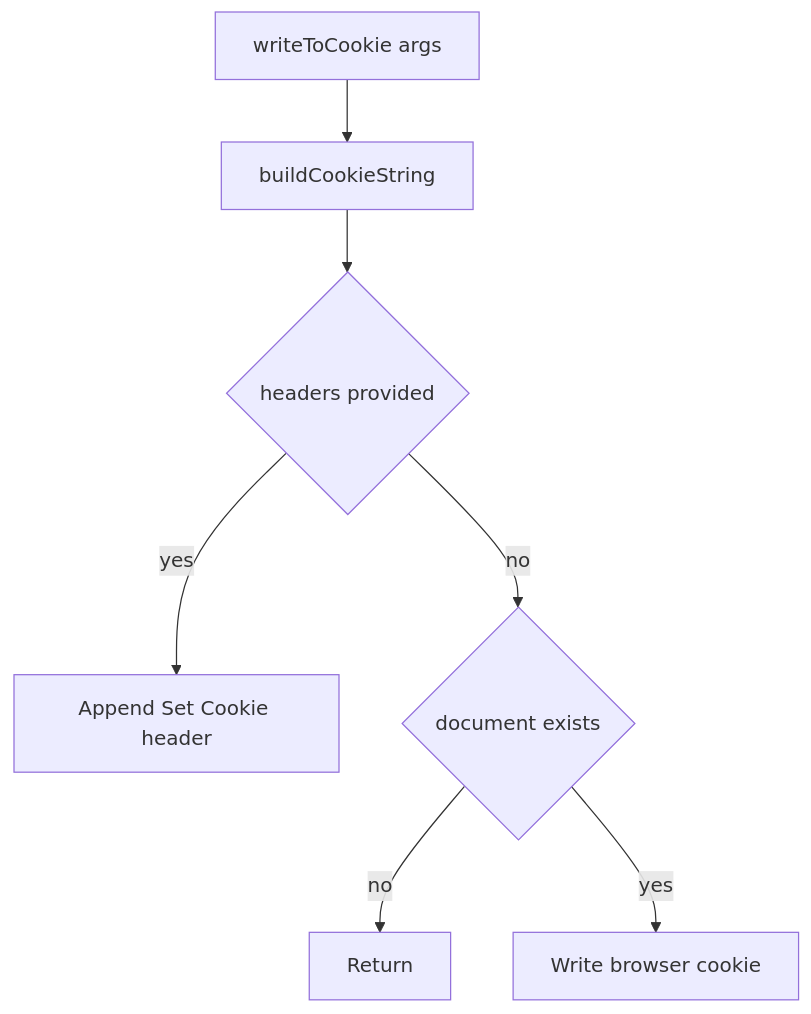
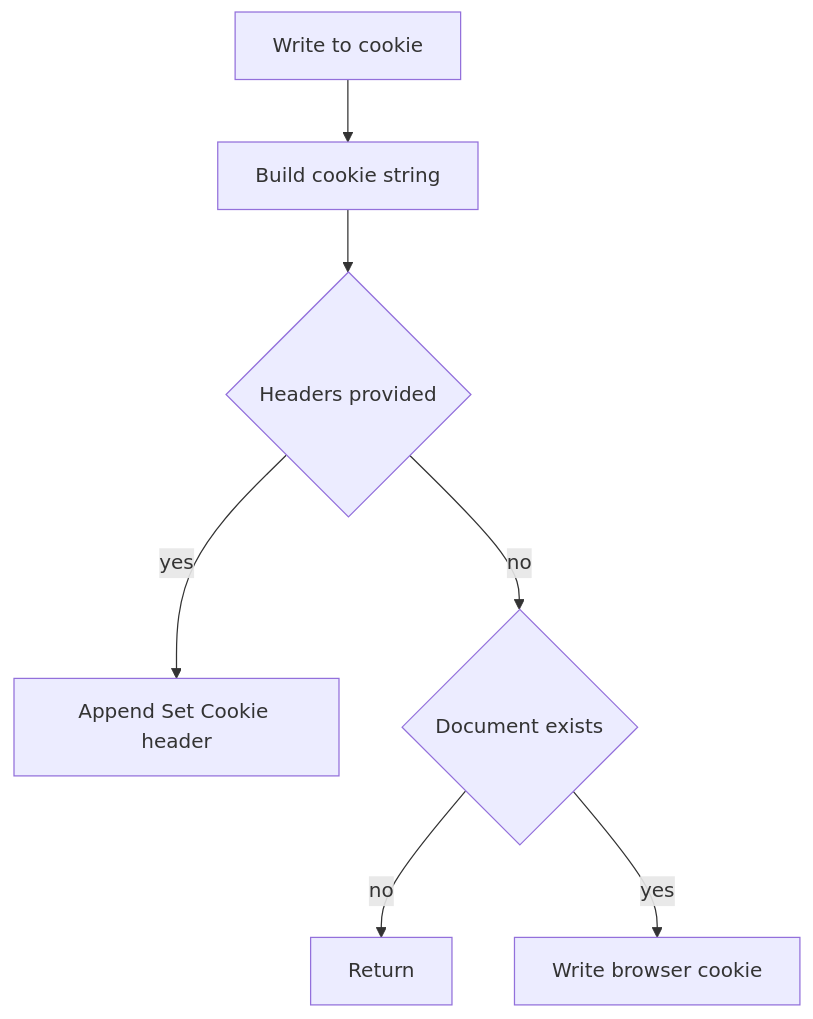
The fourth of 5 diagrams in src/utils/storage/ARCHITECTURE.md (luciocabrera/lcabrera-stack), drawn with Mermaid before and after one commit. The commit also changed other lines of this file and 2 other files, not shown here.

Commit message:
feat: Update architecture documentation for performance, storage, and URL state utilities

````diff
--- a/src/utils/storage/ARCHITECTURE.md
+++ b/src/utils/storage/ARCHITECTURE.md
@@ -72,9 +72,9 @@
 ```mermaid
 flowchart TD
-  A[writeToCookie args] --> B[buildCookieString]
-  B --> C{headers provided}
+  A[Write to cookie] --> B[Build cookie string]
+  B --> C{Headers provided}
   C -- yes --> D[Append Set Cookie header]
-  C -- no --> E{document exists}
+  C -- no --> E{Document exists}
   E -- no --> F[Return]
   E -- yes --> G[Write browser cookie]
 ```
````
